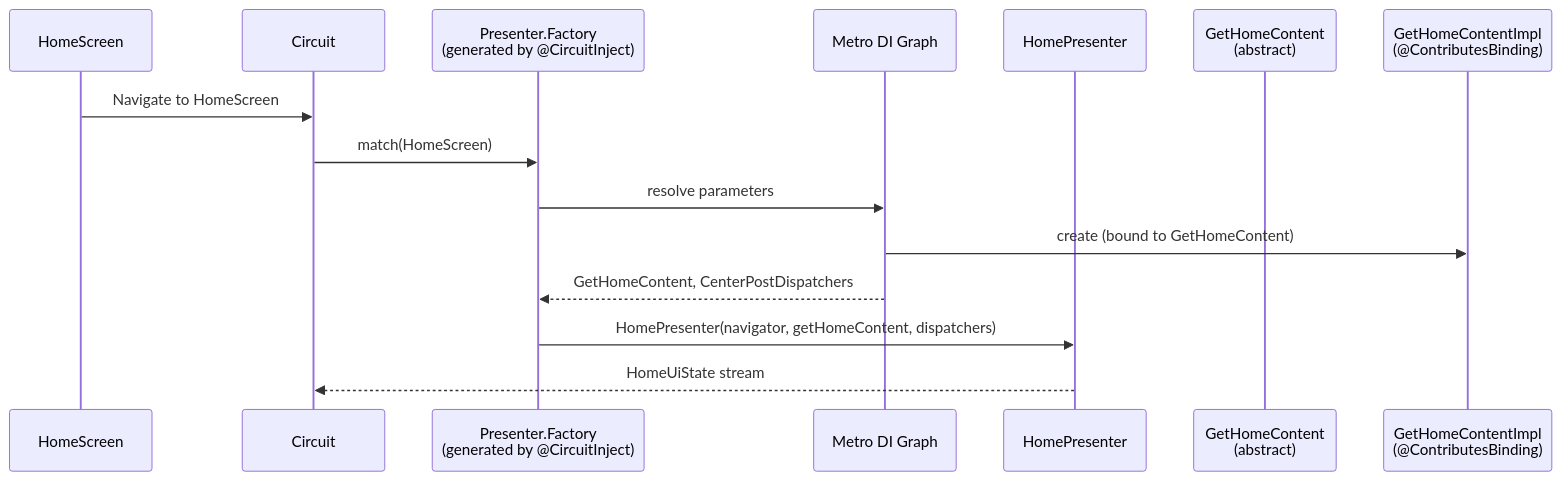
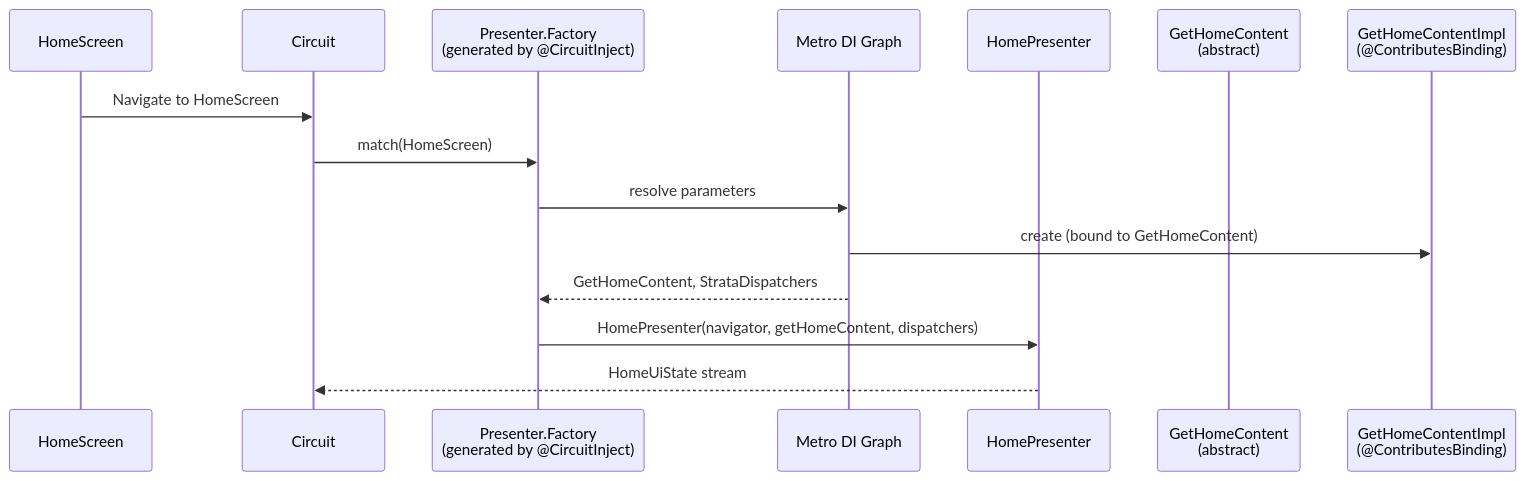
The second of 2 diagrams in .agents/standards/dependency-injection.md (jkjamies/MockDonalds), drawn with Mermaid before and after one commit. The commit also changed other lines of this file and 162 other files, not shown here.

````diff
--- a/.agents/standards/dependency-injection.md
+++ b/.agents/standards/dependency-injection.md
@@ -178,18 +178,18 @@
 ```mermaid
 sequenceDiagram
     participant Screen as HomeScreen
     participant Circuit as Circuit
     participant Factory as Presenter.Factory<br/>(generated by @CircuitInject)
     participant Metro as Metro DI Graph
     participant Presenter as HomePresenter
     participant UseCase as GetHomeContent<br/>(abstract)
     participant Impl as GetHomeContentImpl<br/>(@ContributesBinding)
 
     Screen->>Circuit: Navigate to HomeScreen
     Circuit->>Factory: match(HomeScreen)
     Factory->>Metro: resolve parameters
     Metro->>Impl: create (bound to GetHomeContent)
-    Metro-->>Factory: GetHomeContent, CenterPostDispatchers
+    Metro-->>Factory: GetHomeContent, StrataDispatchers
     Factory->>Presenter: HomePresenter(navigator, getHomeContent, dispatchers)
     Presenter-->>Circuit: HomeUiState stream
 ```
````
